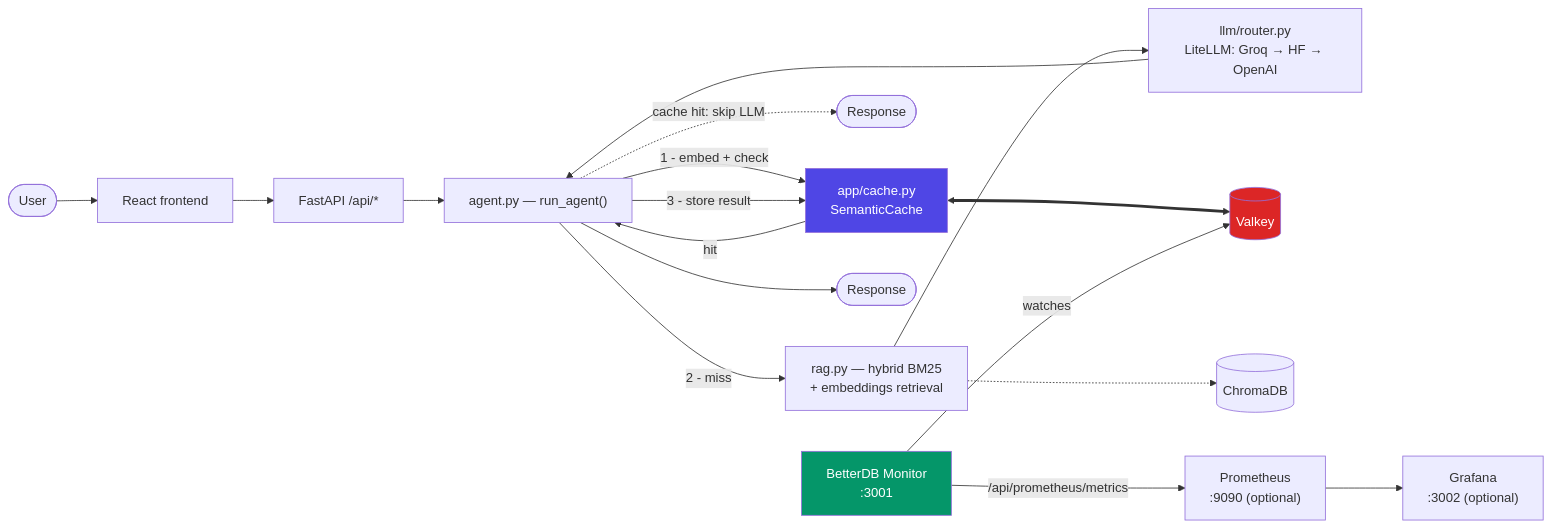
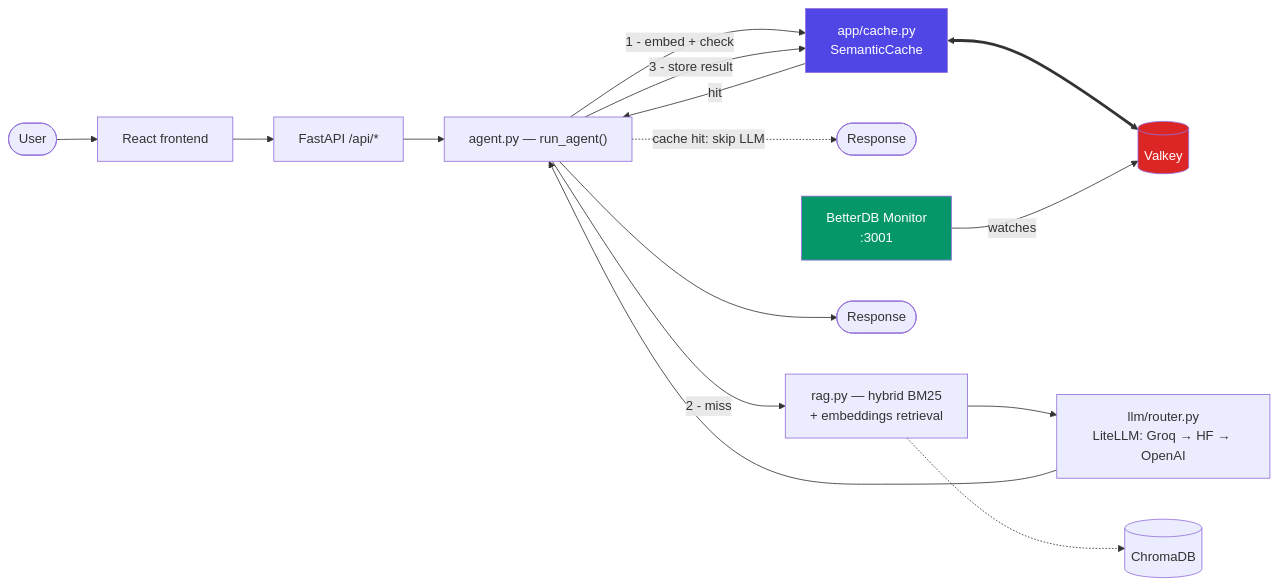
The second of 3 diagrams in README.md (Apyhtml20/PaperBrain), drawn with Mermaid before and after one commit. The commit also changed other lines of this file and 3 other files, not shown here.

````diff
--- a/README.md
+++ b/README.md
@@ -249,27 +283,25 @@
 ```mermaid
 flowchart LR
     U([User]) --> FE[React frontend]
     FE --> API["FastAPI /api/*"]
     API --> AG["agent.py — run_agent()"]
 
     AG -->|1 - embed + check| SC["app/cache.py\nSemanticCache"]
     SC -->|hit| AG
     AG -.->|cache hit: skip LLM| RESP1([Response])
 
     AG -->|2 - miss| RAG["rag.py — hybrid BM25\n+ embeddings retrieval"]
     RAG --> LLM["llm/router.py\nLiteLLM: Groq → HF → OpenAI"]
     LLM --> AG
     AG -->|3 - store result| SC
     AG --> RESP2([Response])
 
     SC <==> VK[(Valkey)]
     RAG -.-> CHROMA[(ChromaDB)]
 
     BDB["BetterDB Monitor\n:3001"] -->|watches| VK
-    BDB -->|/api/prometheus/metrics| PROM["Prometheus\n:9090 (optional)"]
-    PROM --> GRAF["Grafana\n:3002 (optional)"]
 
     style SC fill:#4f46e5,color:#fff
     style VK fill:#dc2626,color:#fff
     style BDB fill:#059669,color:#fff
 ```
````
